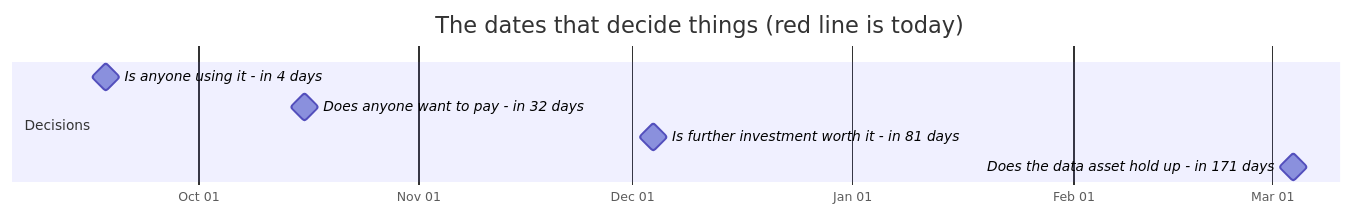
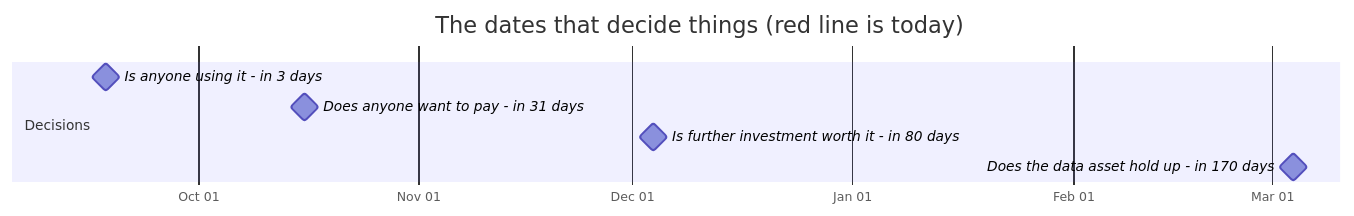
Before and after one commit to jakegu1/vetagent: the first of 2 diagrams in docs/OWNER.md, drawn with Mermaid. The commit also changed other lines of this file and 14 other files, not shown here.

````diff
--- a/docs/OWNER.md
+++ b/docs/OWNER.md
@@ -91,12 +91,12 @@
 ```mermaid
 gantt
     dateFormat YYYY-MM-DD
     axisFormat %b %d
     todayMarker stroke-width:3px,stroke:#d33,stroke-dasharray:0
     title The dates that decide things (red line is today)
     section Decisions
-    Is anyone using it - in 4 days :milestone, 2026-09-18, 0d
-    Does anyone want to pay - in 32 days :milestone, 2026-10-16, 0d
-    Is further investment worth it - in 81 days :milestone, 2026-12-04, 0d
-    Does the data asset hold up - in 171 days :milestone, 2027-03-04, 0d
+    Is anyone using it - in 3 days :milestone, 2026-09-18, 0d
+    Does anyone want to pay - in 31 days :milestone, 2026-10-16, 0d
+    Is further investment worth it - in 80 days :milestone, 2026-12-04, 0d
+    Does the data asset hold up - in 170 days :milestone, 2027-03-04, 0d
 ```
````
